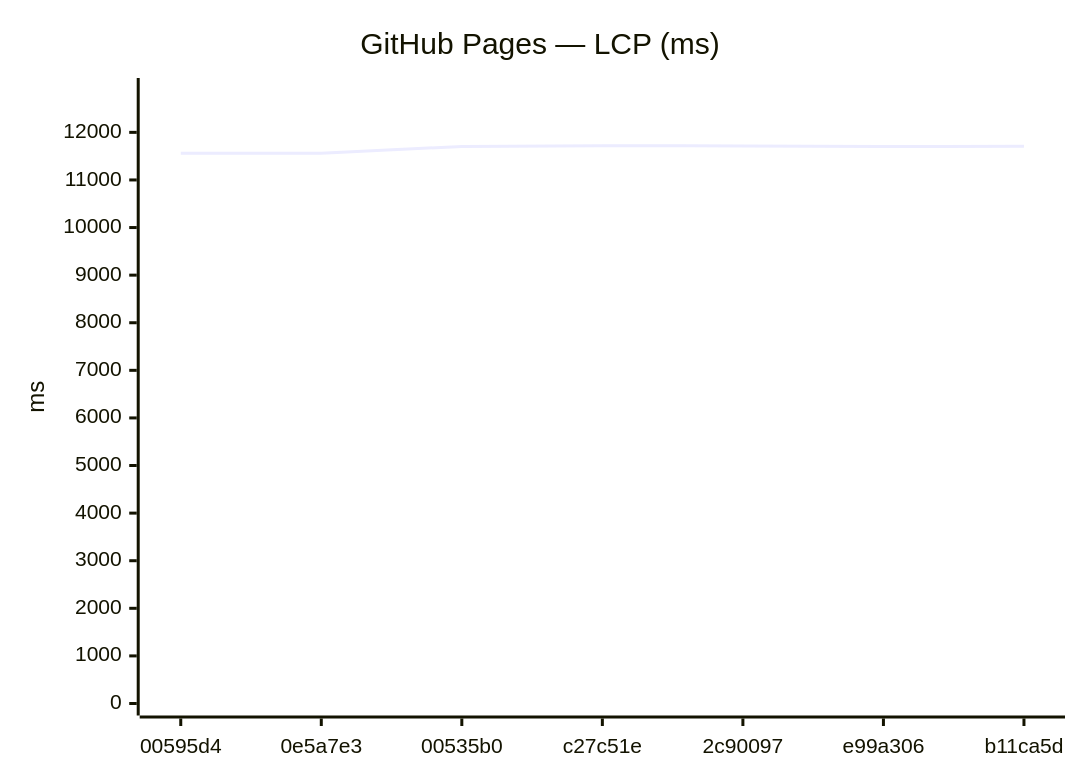
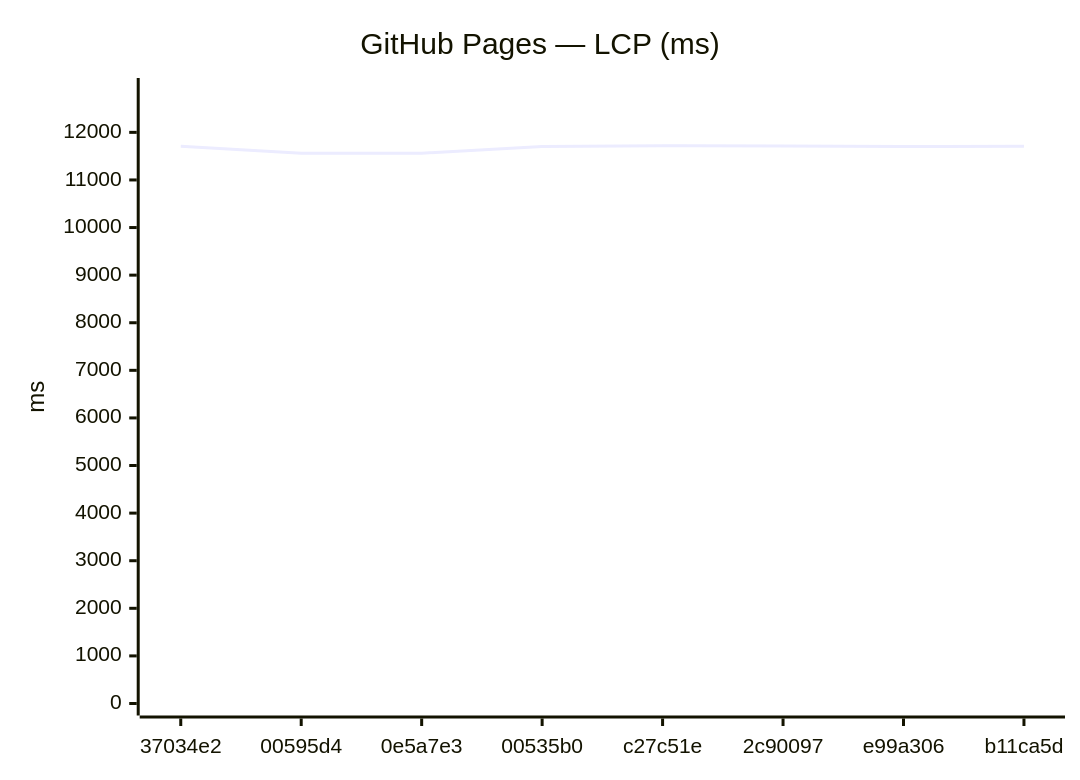
The third of 24 diagrams in benchmarks/compare.md (Metaheurist/Rianell), drawn with Mermaid before and after one commit. The commit also changed other lines of this file and 12 other files, not shown here.

````diff
--- a/benchmarks/compare.md
+++ b/benchmarks/compare.md
@@ -48,7 +50,7 @@
 ```mermaid
 xychart-beta
     title "GitHub Pages — LCP (ms)"
-    x-axis ["00595d4", "0e5a7e3", "00535b0", "c27c51e", "2c90097", "e99a306", "b11ca5d"]
+    x-axis ["37034e2", "00595d4", "0e5a7e3", "00535b0", "c27c51e", "2c90097", "e99a306", "b11ca5d"]
     y-axis "ms" 0 --> 12890
-    line [11560, 11561, 11705, 11718, 11715, 11701, 11707]
+    line [11710, 11560, 11561, 11705, 11718, 11715, 11701, 11707]
 ```
````
